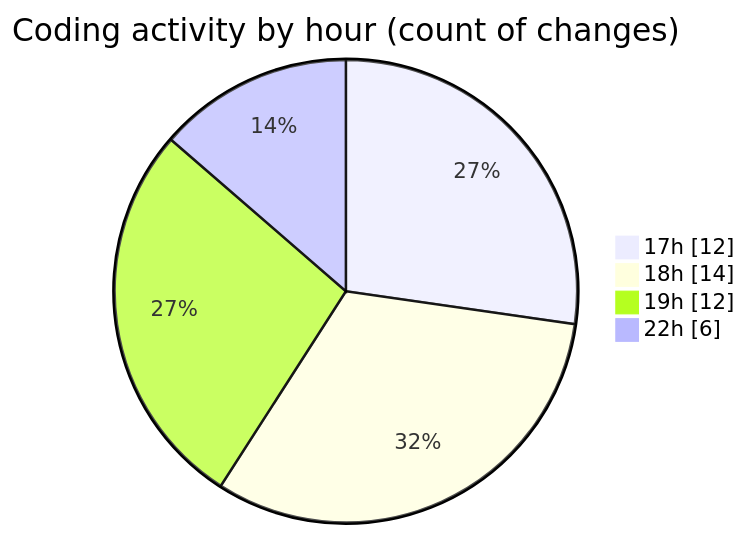
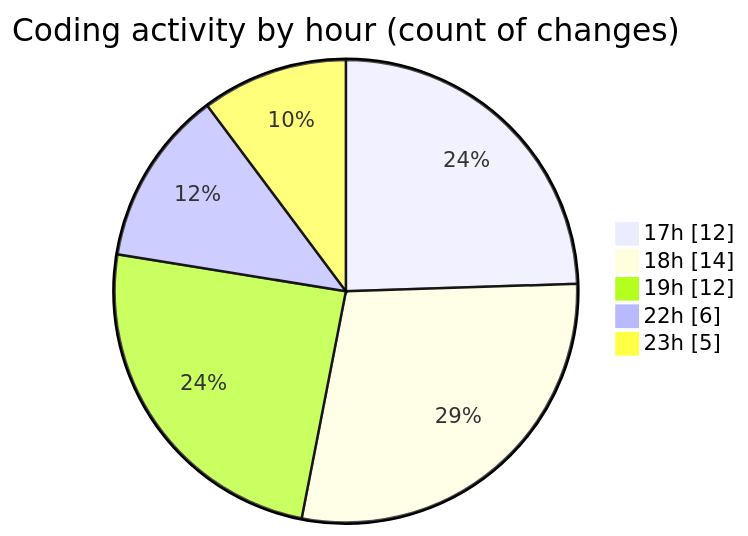
Before and after one commit to donsfak/code-tracking: the second of 2 diagrams in 2025-02-16/uber_clone/README.md, drawn with Mermaid. The commit also changed other lines of this file and 1 other file, not shown here.

````diff
--- a/2025-02-16/uber_clone/README.md
+++ b/2025-02-16/uber_clone/README.md
@@ -42,8 +43,9 @@
 ```mermaid
 pie showData
 title Coding activity by hour (count of changes)
 "17h" : 12
 "18h" : 14
 "19h" : 12
 "22h" : 6
+"23h" : 5
 ```
````
